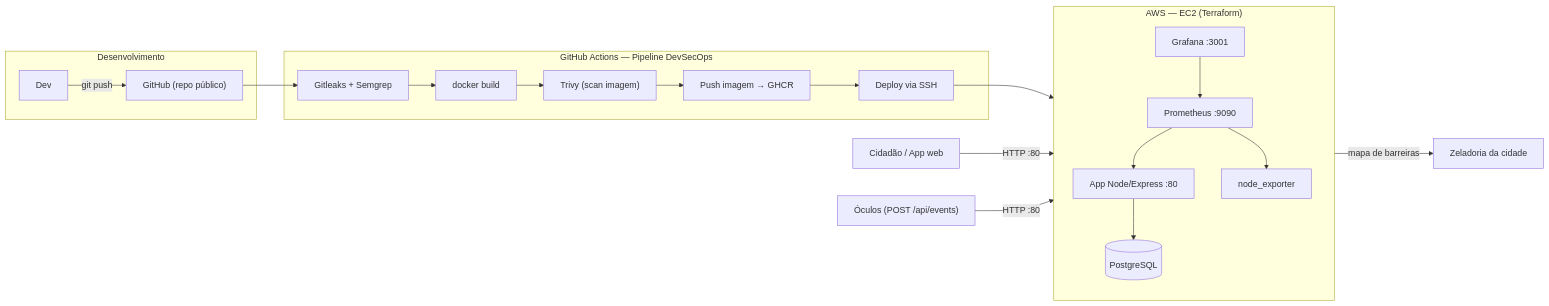
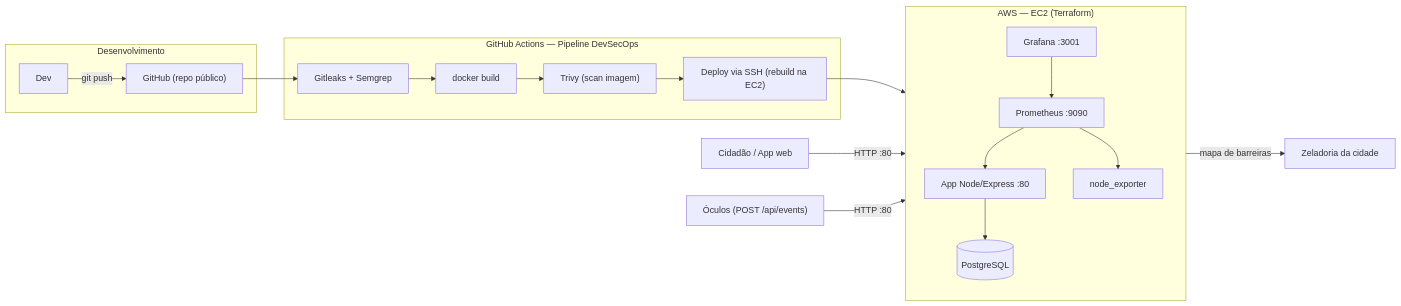
One commit to joaos-2/guiding-hand-cloud changed the diagram in README.md. Above: the diagram before and after it, drawn with Mermaid. The commit also changed other lines of this file and 1 other file, not shown here.

First line of the commit message:
ci: deploy reconstroi na EC2 (git pull + compose up --build), sem GHCR

````diff
--- a/README.md
+++ b/README.md
@@ -38,27 +38,26 @@
 ```mermaid
 flowchart LR
     subgraph Dev["Desenvolvimento"]
       DEVELOPER["Dev"] -->|git push| GH["GitHub (repo público)"]
     end
 
     subgraph CI["GitHub Actions — Pipeline DevSecOps"]
       GH --> SEC["Gitleaks + Semgrep"]
       SEC --> BUILD["docker build"]
       BUILD --> TRIVY["Trivy (scan imagem)"]
-      TRIVY --> GHCR["Push imagem → GHCR"]
-      GHCR --> DEPLOY["Deploy via SSH"]
+      TRIVY --> DEPLOY["Deploy via SSH (rebuild na EC2)"]
     end
 
     subgraph AWS["AWS — EC2 (Terraform)"]
       direction TB
       APP["App Node/Express :80"] --> DB[("PostgreSQL")]
       PROM["Prometheus :9090"] --> APP
       PROM --> NODEEXP["node_exporter"]
       GRAF["Grafana :3001"] --> PROM
     end
 
     DEPLOY --> APP
     CIDADAO["Cidadão / App web"] -->|HTTP :80| APP
     OCULOS["Óculos (POST /api/events)"] -->|HTTP :80| APP
     APP -->|mapa de barreiras| ZELADORIA["Zeladoria da cidade"]
 ```
````
